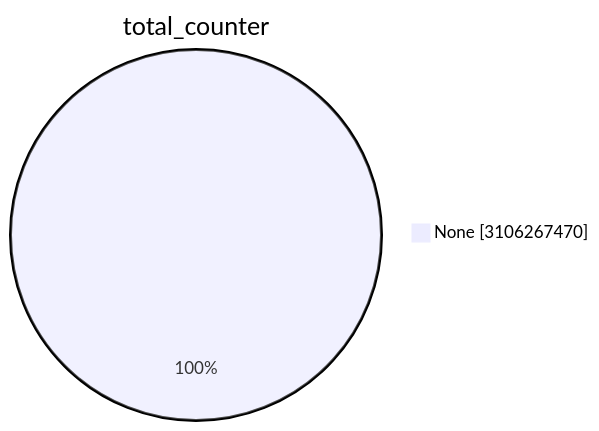
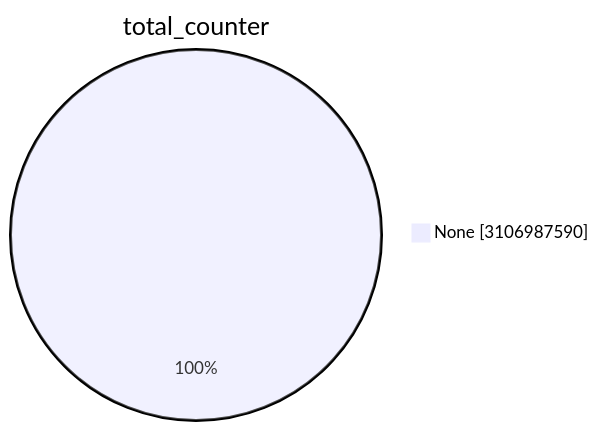
Before and after one commit to christiankrug/ctmonitor_visualization: the first of 15 diagrams in TOTAL/README.md, drawn with Mermaid. The commit also changed other lines of this file, not shown here.

````diff
--- a/TOTAL/README.md
+++ b/TOTAL/README.md
@@ -1,5 +1,5 @@
 ```mermaid
 pie showData
 title total_counter
-"None" :3106267470
+"None" :3106987590
 ```
````
